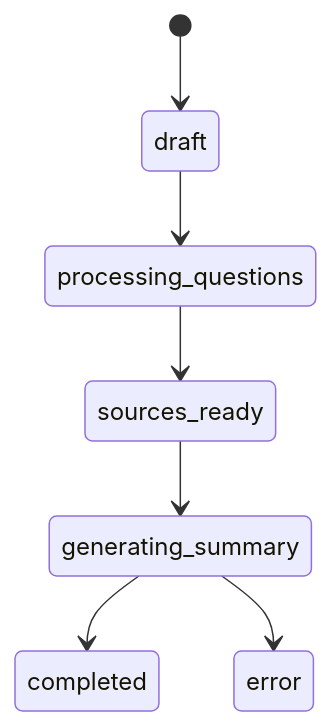
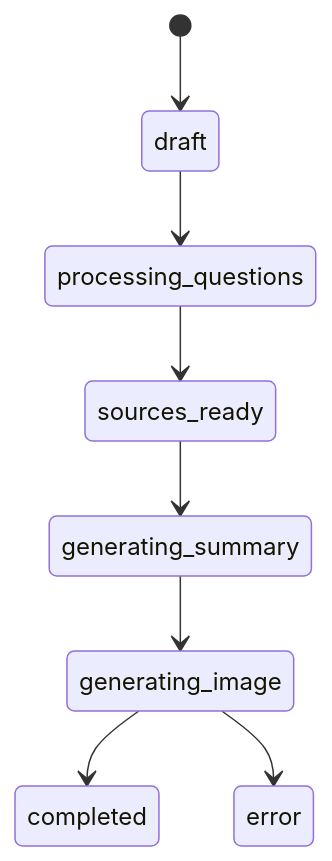
Before and after one commit to checkeapp-group/CheckeApp: the second of 4 diagrams in docs/DATABASE.md, drawn with Mermaid. The commit also changed other lines of this file and 5 other files, not shown here.

Commit message:
feat: update API documentation to reflect new endpoints and changes in verification flow

````diff
--- a/docs/DATABASE.md
+++ b/docs/DATABASE.md
@@ -180,10 +181,11 @@
   ```mermaid
   stateDiagram-v2
   [*] --> draft
   draft --> processing_questions
   processing_questions --> sources_ready
   sources_ready --> generating_summary
-  generating_summary --> completed
-  generating_summary --> error
+  generating_summary --> generating_image
+  generating_image --> completed
+  generating_image --> error
 
   ```
````
